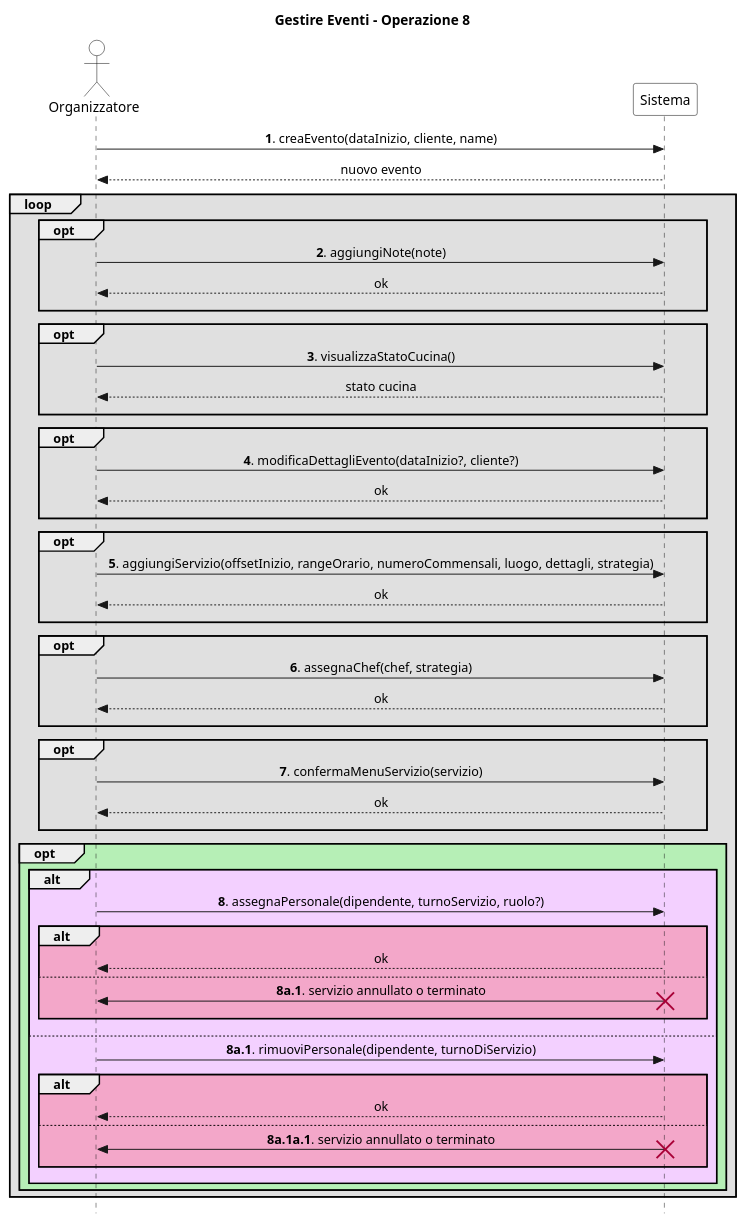
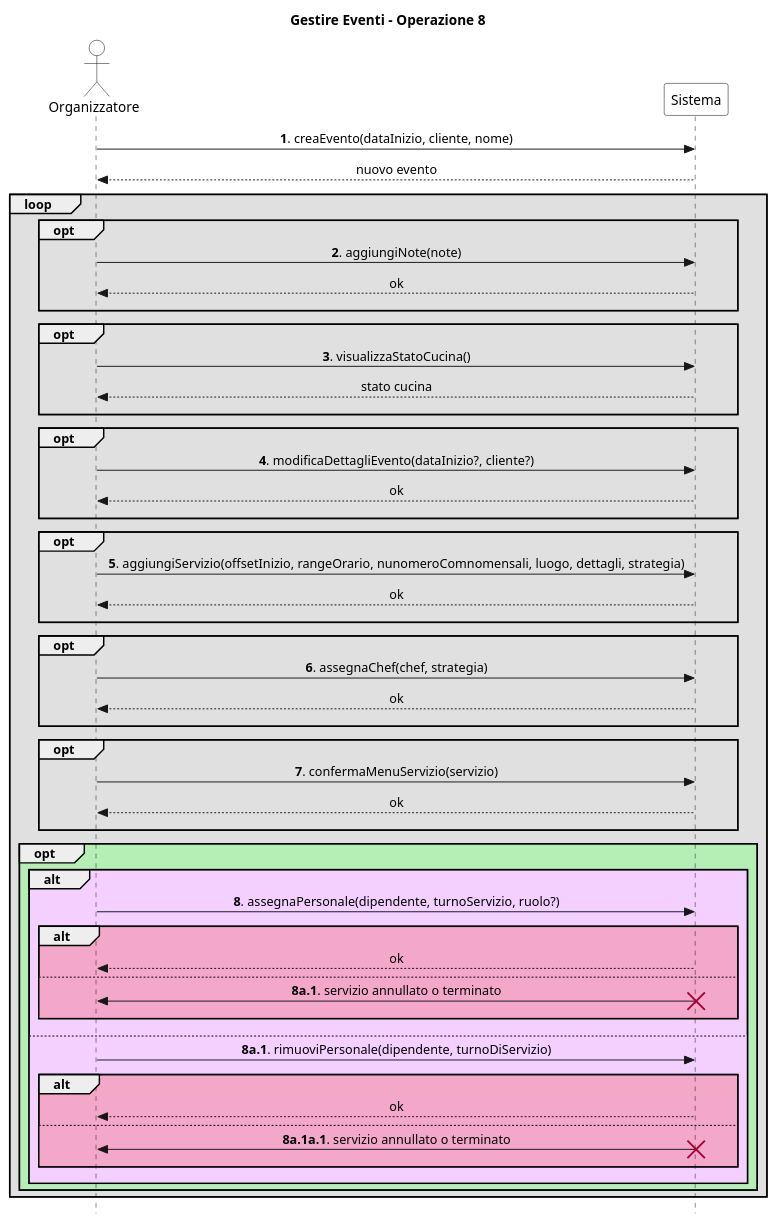
Before and after one commit to stefa168/sas-project: the diagram in UP/Requisiti/UC Gestire Eventi/SSD/Estensioni-Eccezioni Op8.puml, drawn with PlantUML. The commit also changed 5 other files, not shown here.

Commit message:
nome di evento

```diff
--- a/UP/Requisiti/UC Gestire Eventi/SSD/Estensioni-Eccezioni Op8.puml
+++ b/UP/Requisiti/UC Gestire Eventi/SSD/Estensioni-Eccezioni Op8.puml
@@ -1,81 +1,81 @@
 @startuml
 skinparam Style strictuml
 skinparam SequenceMessageAlign center
 
 skinparam sequence {
     ActorBorderColor Black
     ActorBackgroundColor White
     ParticipantBorderColor Black
     ParticipantBackgroundColor White
 }
 
 actor "Organizzatore" as org
 participant Sistema
 
 title Gestire Eventi - Operazione 8
 
-org -> Sistema: **1**. creaEvento(dataInizio, cliente, name)
+org -> Sistema: **1**. creaEvento(dataInizio, cliente, nome)
 return nuovo evento
 
 loop #e0e0e0
     opt #e0e0e0
         org -> Sistema: **2**. aggiungiNote(note)
         return ok
         ||10||
     end
 
     opt #e0e0e0
         org -> Sistema: **3**. visualizzaStatoCucina()
         return stato cucina
         ||10||
     end
 
     opt #e0e0e0
         org -> Sistema: **4**. modificaDettagliEvento(dataInizio?, cliente?)
         return ok
         ||10||
     end
 
     opt #e0e0e0
-        org -> Sistema: **5**. aggiungiServizio(offsetInizio, rangeOrario, numeroCommensali, luogo, dettagli, strategia)
+        org -> Sistema: **5**. aggiungiServizio(offsetInizio, rangeOrario, nunomeroComnomensali, luogo, dettagli, strategia)
         return ok
         ||10||
     end
 
     opt #e0e0e0
         org -> Sistema: **6**. assegnaChef(chef, strategia)
         return ok
         ||10||
     end
 
     opt #e0e0e0
         org -> Sistema: **7**. confermaMenuServizio(servizio)
         return ok
         ||10||
     end
 
     opt #b6efb6
         alt #f3d0ff
             org -> Sistema: **8**. assegnaPersonale(dipendente, turnoServizio, ruolo?)
             alt #f3a7c9
                 return ok
             else
                 org <- Sistema: **8a.1**. servizio annullato o terminato
                 destroy Sistema
                 ||10||
             end
             ||10||
         else
             org -> Sistema: **8a.1**. rimuoviPersonale(dipendente, turnoDiServizio)
             alt #f3a7c9
                 return ok
             else
                 org <- Sistema: **8a.1a.1**. servizio annullato o terminato
                 destroy Sistema
                 ||10||
             end
             ||10||
         end
     end
 end
 @enduml
```
